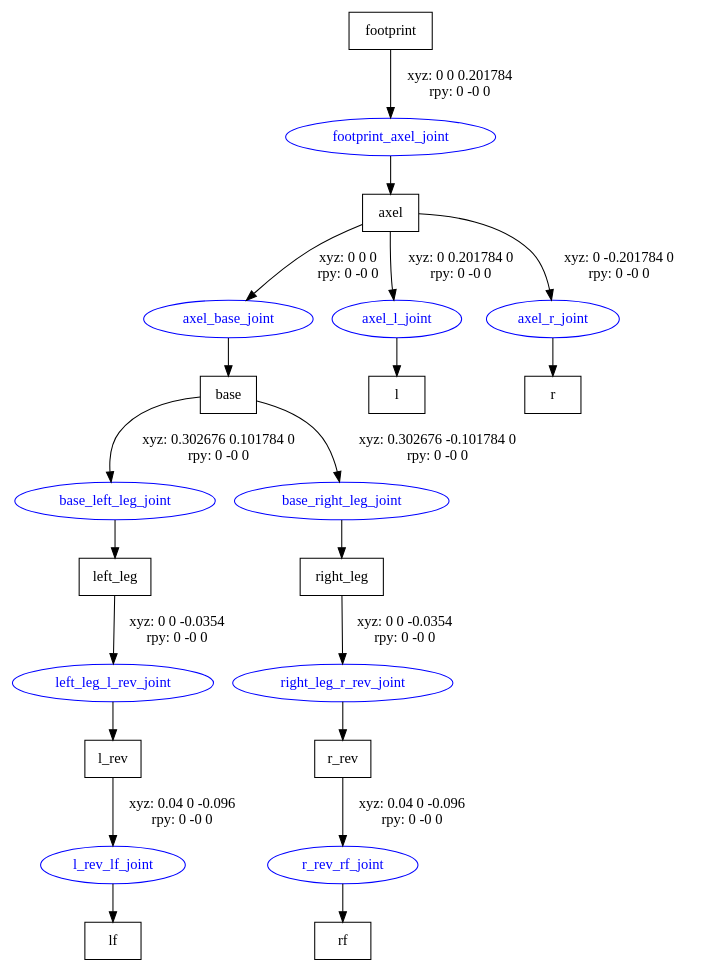
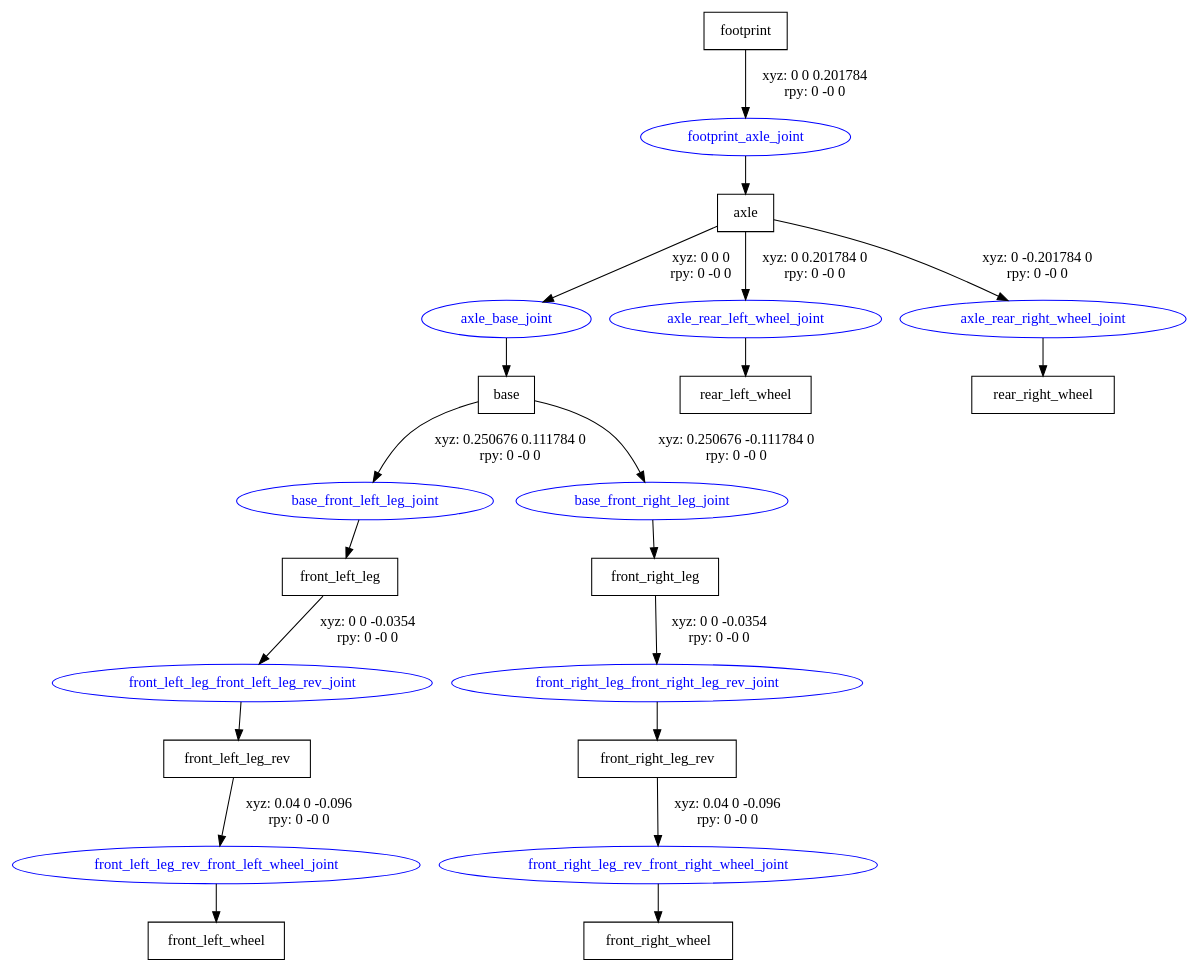
One commit to kundan-goswami/wheelchair changed the diagram in docs/wheelchair.gv. Above: the diagram before and after it, drawn with Graphviz. The commit also changed 10 other files, not shown here.

```diff
--- a/docs/wheelchair.gv
+++ b/docs/wheelchair.gv
@@ -1,35 +1,35 @@
 digraph G {
 node [shape=box];
 "footprint" [label="footprint"];
-"axel" [label="axel"];
+"axle" [label="axle"];
 "base" [label="base"];
-"left_leg" [label="left_leg"];
-"l_rev" [label="l_rev"];
-"lf" [label="lf"];
-"right_leg" [label="right_leg"];
-"r_rev" [label="r_rev"];
-"rf" [label="rf"];
-"l" [label="l"];
-"r" [label="r"];
+"front_left_leg" [label="front_left_leg"];
+"front_left_leg_rev" [label="front_left_leg_rev"];
+"front_left_wheel" [label="front_left_wheel"];
+"front_right_leg" [label="front_right_leg"];
+"front_right_leg_rev" [label="front_right_leg_rev"];
+"front_right_wheel" [label="front_right_wheel"];
+"rear_left_wheel" [label="rear_left_wheel"];
+"rear_right_wheel" [label="rear_right_wheel"];
 node [shape=ellipse, color=blue, fontcolor=blue];
-"footprint" -> "footprint_axel_joint" [label="xyz: 0 0 0.201784 \nrpy: 0 -0 0"]
-"footprint_axel_joint" -> "axel"
-"axel" -> "axel_base_joint" [label="xyz: 0 0 0 \nrpy: 0 -0 0"]
-"axel_base_joint" -> "base"
-"base" -> "base_left_leg_joint" [label="xyz: 0.302676 0.101784 0 \nrpy: 0 -0 0"]
-"base_left_leg_joint" -> "left_leg"
-"left_leg" -> "left_leg_l_rev_joint" [label="xyz: 0 0 -0.0354 \nrpy: 0 -0 0"]
-"left_leg_l_rev_joint" -> "l_rev"
-"l_rev" -> "l_rev_lf_joint" [label="xyz: 0.04 0 -0.096 \nrpy: 0 -0 0"]
-"l_rev_lf_joint" -> "lf"
-"base" -> "base_right_leg_joint" [label="xyz: 0.302676 -0.101784 0 \nrpy: 0 -0 0"]
-"base_right_leg_joint" -> "right_leg"
-"right_leg" -> "right_leg_r_rev_joint" [label="xyz: 0 0 -0.0354 \nrpy: 0 -0 0"]
-"right_leg_r_rev_joint" -> "r_rev"
-"r_rev" -> "r_rev_rf_joint" [label="xyz: 0.04 0 -0.096 \nrpy: 0 -0 0"]
-"r_rev_rf_joint" -> "rf"
-"axel" -> "axel_l_joint" [label="xyz: 0 0.201784 0 \nrpy: 0 -0 0"]
-"axel_l_joint" -> "l"
-"axel" -> "axel_r_joint" [label="xyz: 0 -0.201784 0 \nrpy: 0 -0 0"]
-"axel_r_joint" -> "r"
+"footprint" -> "footprint_axle_joint" [label="xyz: 0 0 0.201784 \nrpy: 0 -0 0"]
+"footprint_axle_joint" -> "axle"
+"axle" -> "axle_base_joint" [label="xyz: 0 0 0 \nrpy: 0 -0 0"]
+"axle_base_joint" -> "base"
+"base" -> "base_front_left_leg_joint" [label="xyz: 0.250676 0.111784 0 \nrpy: 0 -0 0"]
+"base_front_left_leg_joint" -> "front_left_leg"
+"front_left_leg" -> "front_left_leg_front_left_leg_rev_joint" [label="xyz: 0 0 -0.0354 \nrpy: 0 -0 0"]
+"front_left_leg_front_left_leg_rev_joint" -> "front_left_leg_rev"
+"front_left_leg_rev" -> "front_left_leg_rev_front_left_wheel_joint" [label="xyz: 0.04 0 -0.096 \nrpy: 0 -0 0"]
+"front_left_leg_rev_front_left_wheel_joint" -> "front_left_wheel"
+"base" -> "base_front_right_leg_joint" [label="xyz: 0.250676 -0.111784 0 \nrpy: 0 -0 0"]
+"base_front_right_leg_joint" -> "front_right_leg"
+"front_right_leg" -> "front_right_leg_front_right_leg_rev_joint" [label="xyz: 0 0 -0.0354 \nrpy: 0 -0 0"]
+"front_right_leg_front_right_leg_rev_joint" -> "front_right_leg_rev"
+"front_right_leg_rev" -> "front_right_leg_rev_front_right_wheel_joint" [label="xyz: 0.04 0 -0.096 \nrpy: 0 -0 0"]
+"front_right_leg_rev_front_right_wheel_joint" -> "front_right_wheel"
+"axle" -> "axle_rear_left_wheel_joint" [label="xyz: 0 0.201784 0 \nrpy: 0 -0 0"]
+"axle_rear_left_wheel_joint" -> "rear_left_wheel"
+"axle" -> "axle_rear_right_wheel_joint" [label="xyz: 0 -0.201784 0 \nrpy: 0 -0 0"]
+"axle_rear_right_wheel_joint" -> "rear_right_wheel"
 }
```
